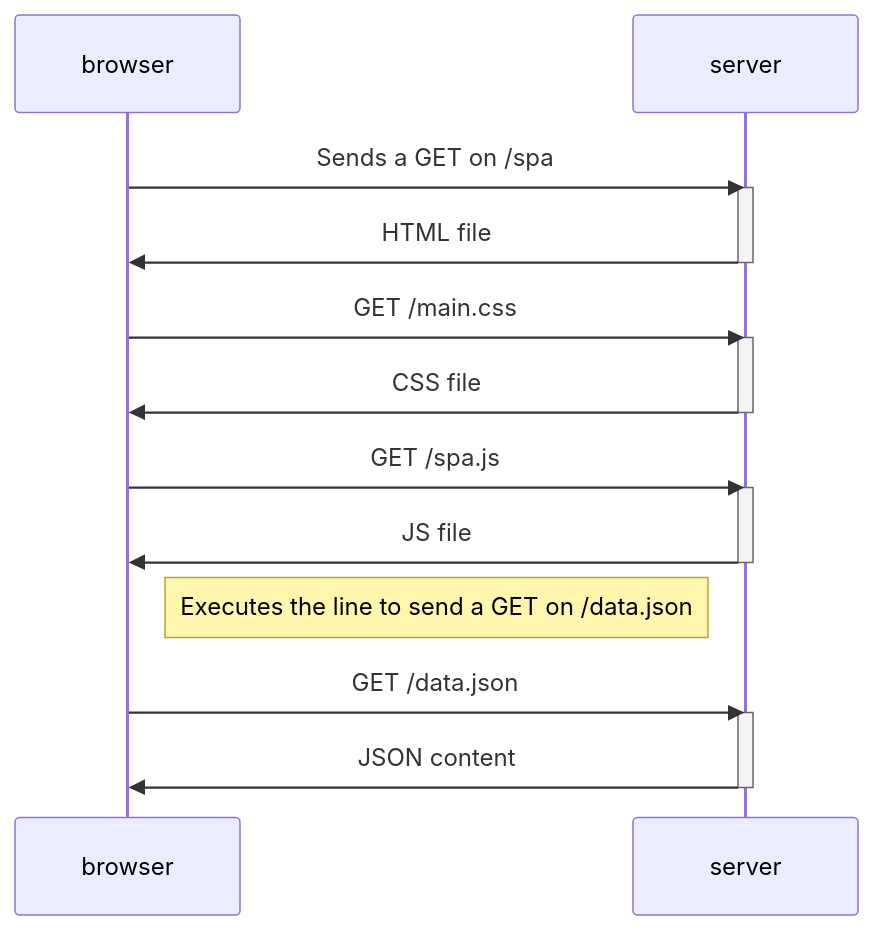
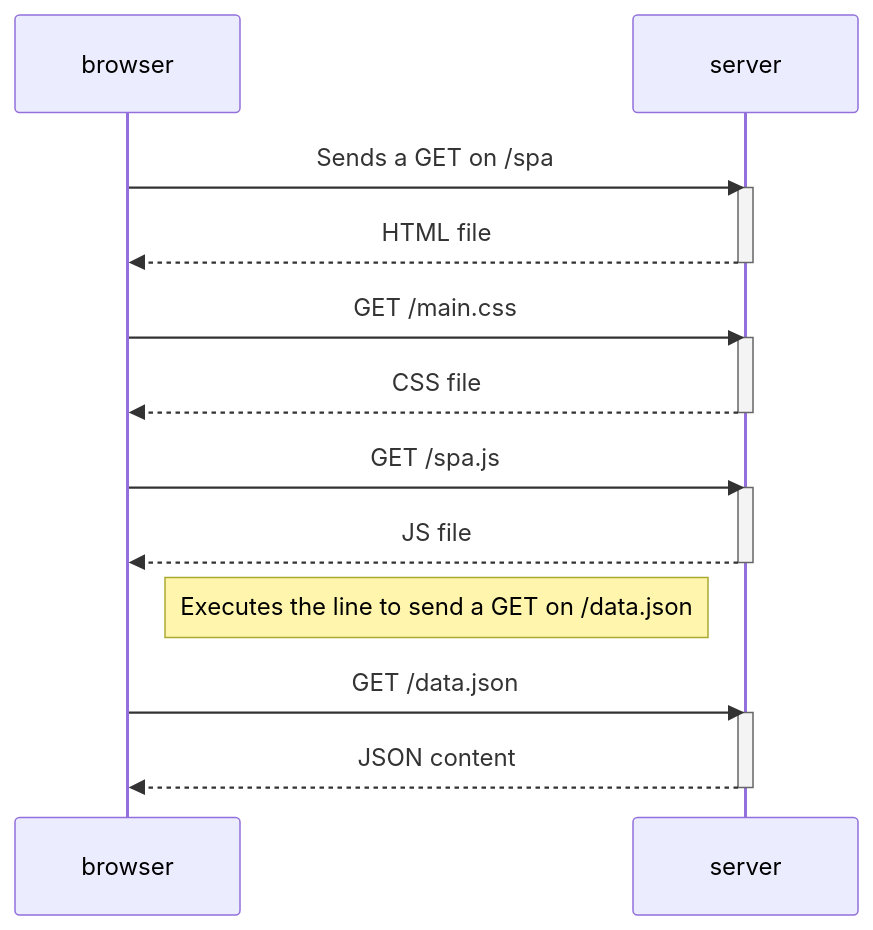
Before and after one commit to kylebreyes/fullstackopen: the diagram in part0/05.md, drawn with Mermaid.

Commit message:
Finish 0.6

````diff
--- a/part0/05.md
+++ b/part0/05.md
@@ -1,27 +1,27 @@
 ```mermaid
   sequenceDiagram
     participant browser
     participant server
 
     browser->>server: Sends a GET on /spa
     activate server
-    server->>browser: HTML file
+    server-->>browser: HTML file
     deactivate server
 
     browser->>server: GET /main.css
     activate server
-    server->>browser: CSS file
+    server-->>browser: CSS file
     deactivate server
 
     browser->>server: GET /spa.js
     activate server
-    server->>browser: JS file
+    server-->>browser: JS file
     deactivate server
 
     Note left of server: Executes the line to send a GET on /data.json
 
     browser->>server: GET /data.json
     activate server
-    server->>browser: JSON content
+    server-->>browser: JSON content
     deactivate server
 ```
````
